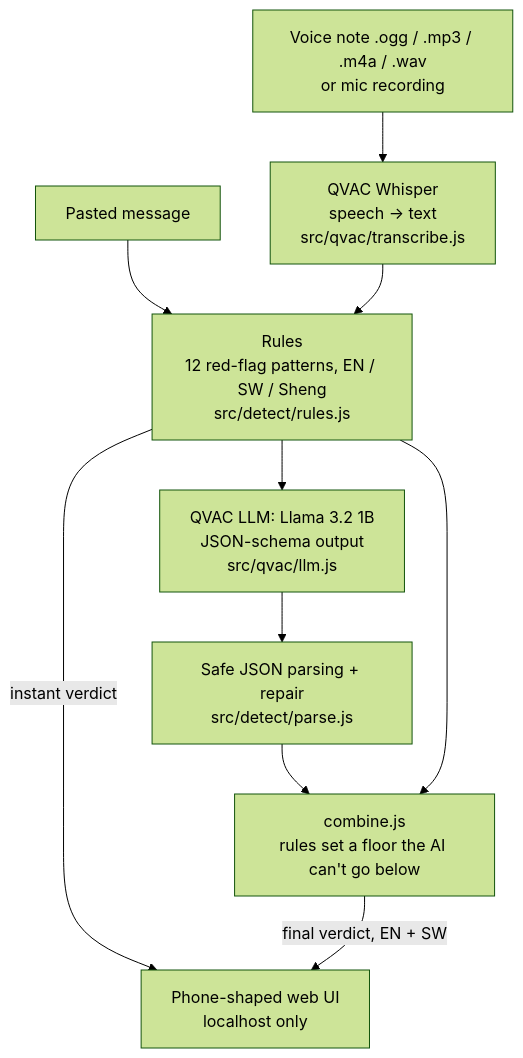
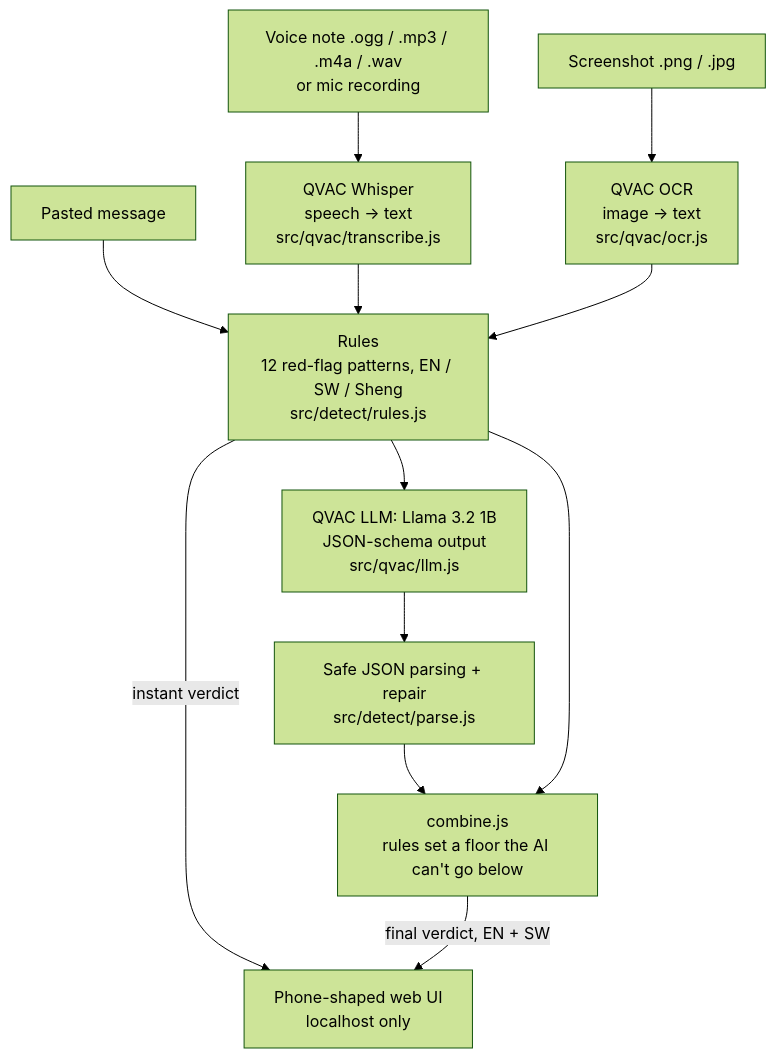
Before and after one commit to toluwalasedaniel459-cmyk/chunga: the diagram in README.md, drawn with Mermaid (forest theme). The commit also changed other lines of this file and 16 other files, not shown here.

First line of the commit message:
Add screenshot checking with QVAC OCR

````diff
--- a/README.md
+++ b/README.md
@@ -55,12 +55,14 @@
 ```mermaid
 flowchart TD
     A[Pasted message] --> R
     V[Voice note .ogg / .mp3 / .m4a / .wav<br/>or mic recording] --> W[QVAC Whisper<br/>speech → text<br/>src/qvac/transcribe.js]
     W --> R
+    S[Screenshot .png / .jpg] --> O[QVAC OCR<br/>image → text<br/>src/qvac/ocr.js]
+    O --> R
     R[Rules<br/>12 red-flag patterns, EN / SW / Sheng<br/>src/detect/rules.js] -->|instant verdict| UI
     R --> L[QVAC LLM: Llama 3.2 1B<br/>JSON-schema output<br/>src/qvac/llm.js]
     L --> P[Safe JSON parsing + repair<br/>src/detect/parse.js]
     P --> C[combine.js<br/>rules set a floor the AI can't go below]
     R --> C
     C -->|final verdict, EN + SW| UI[Phone-shaped web UI<br/>localhost only]
 ```
````
